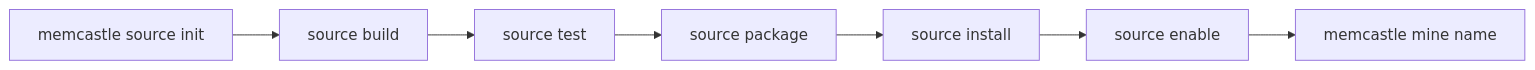
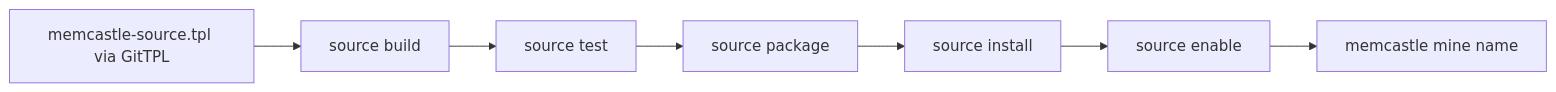
Before and after one commit to memcastle/memcastle: the first of 2 diagrams in docs/writing-sources.md, drawn with Mermaid. The commit also changed other lines of this file and 16 other files, not shown here.

Commit message:
refactor(cli): remove source init scaffold command

````diff
--- a/docs/writing-sources.md
+++ b/docs/writing-sources.md
@@ -18,5 +18,5 @@
 ```mermaid
 flowchart LR
-    I["memcastle source init"] --> B["source build"] --> T["source test"] --> P["source package"] --> N["source install"]
+    I["memcastle-source.tpl via GitTPL"] --> B["source build"] --> T["source test"] --> P["source package"] --> N["source install"]
     N --> E["source enable"] --> M["memcastle mine name"]
 ```
````
